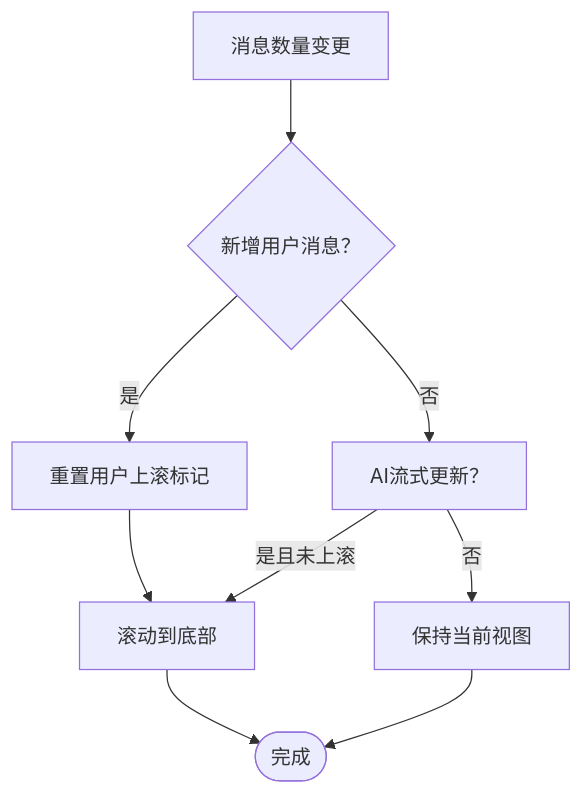
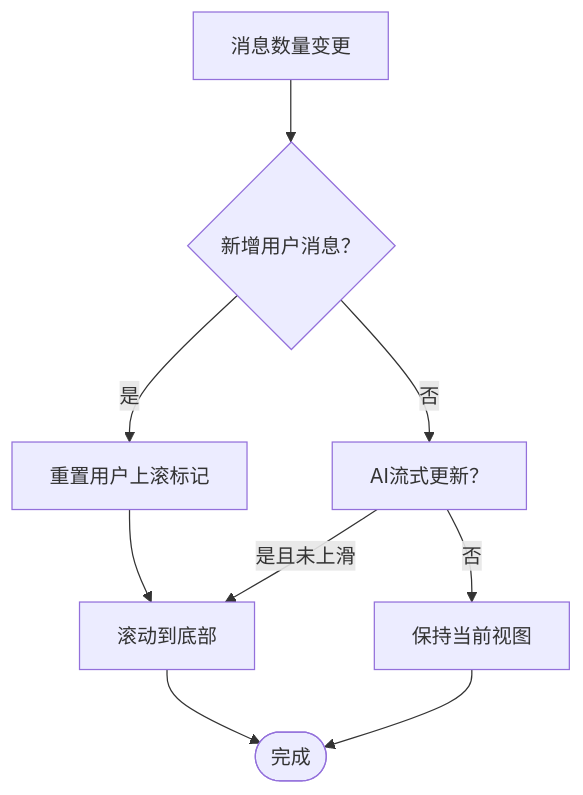
The fourth of 10 diagrams in .qoder/repowiki/zh/content/前端组件系统/AI助手组件/AI助手组件.md (KunLabAI/KunFlix), drawn with Mermaid before and after one commit. The commit also changed other lines of this file and 21 other files, not shown here.

````diff
--- a/.qoder/repowiki/zh/content/前端组件系统/AI助手组件/AI助手组件.md
+++ b/.qoder/repowiki/zh/content/前端组件系统/AI助手组件/AI助手组件.md
@@ -215,11 +229,11 @@
 ```mermaid
 flowchart TD
 MCount["消息数量变更"] --> NewMsg{"新增用户消息？"}
 NewMsg --> |是| ResetScroll["重置用户上滚标记"]
 NewMsg --> |否| StreamCheck["AI流式更新？"]
 ResetScroll --> AutoScroll["滚动到底部"]
-StreamCheck --> |是且未上滚| AutoScroll
+StreamCheck --> |是且未上滑| AutoScroll
 StreamCheck --> |否| Keep["保持当前视图"]
 AutoScroll --> Done(["完成"])
 Keep --> Done
 ```
````
